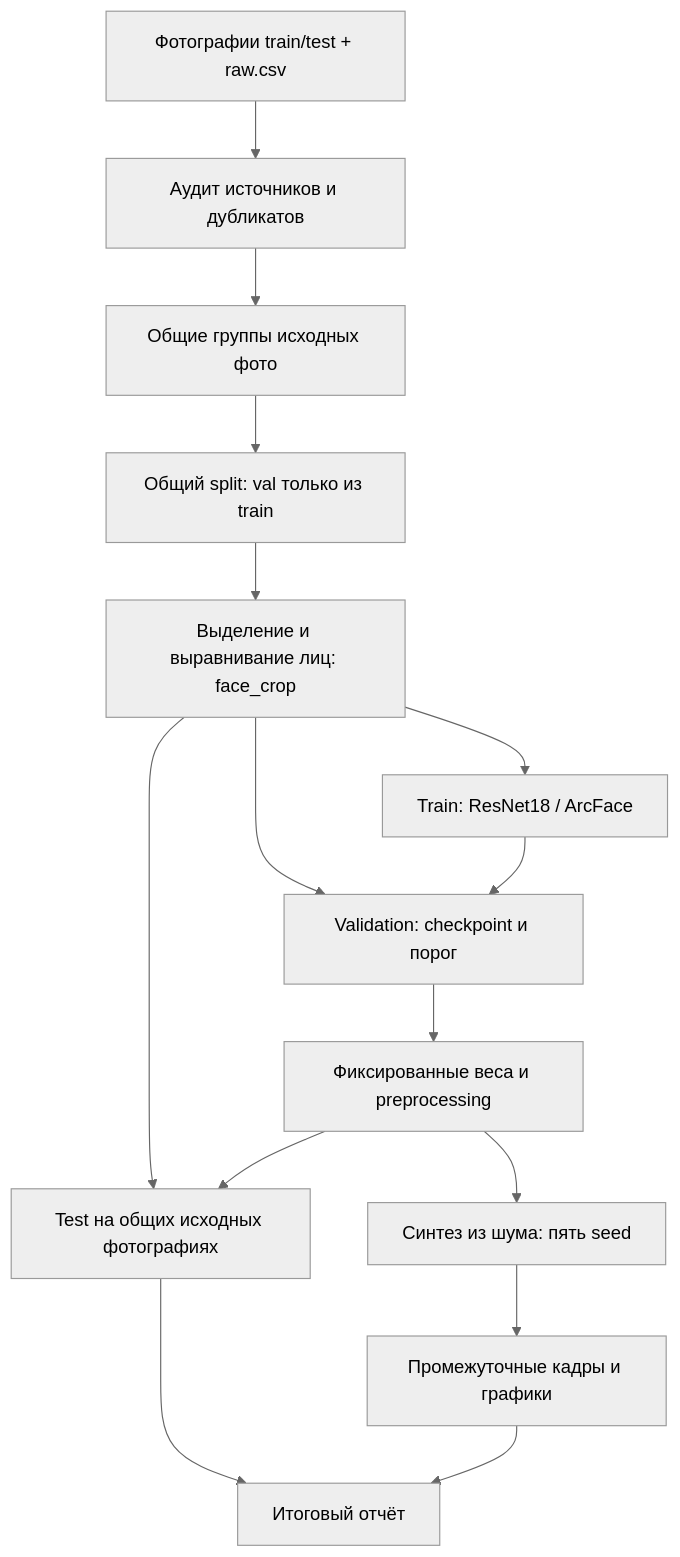
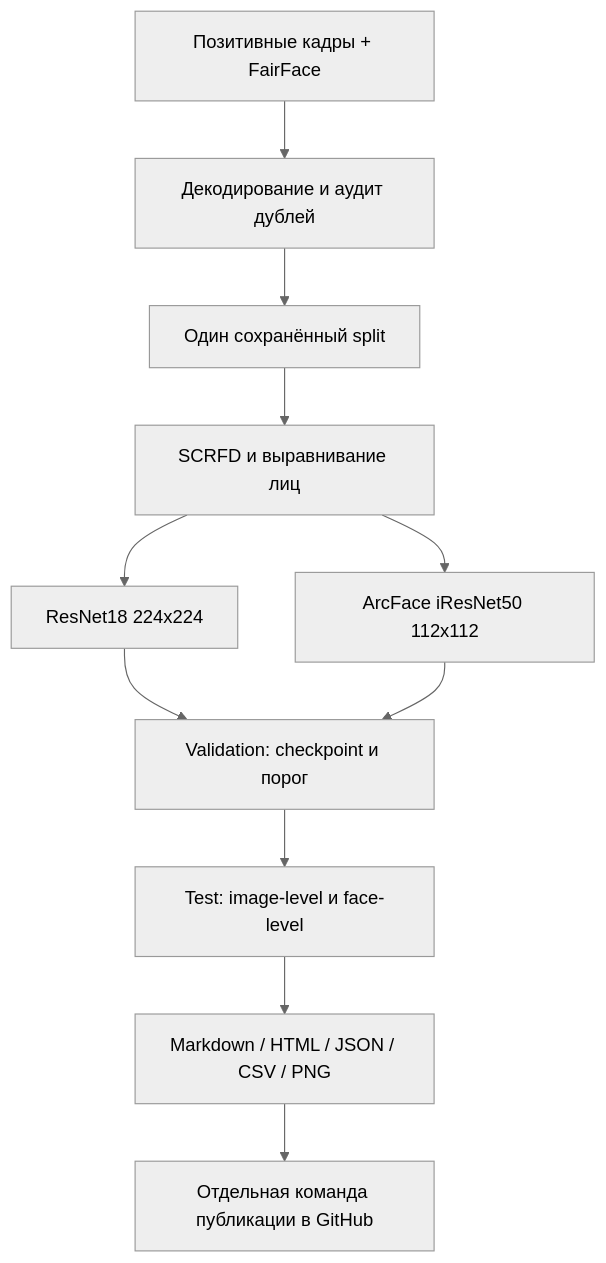
One commit to nikitiva0/Sokolov-s-Classifier changed the diagram in outputs/architecture.md. Above: the diagram before and after it, drawn with Mermaid (neutral theme). The commit also changed other lines of this file and 31 other files, not shown here.

````diff
--- a/outputs/architecture.md
+++ b/outputs/architecture.md
@@ -27,17 +5,13 @@
 ```mermaid
 flowchart TD
-    A[Фотографии train/test + raw.csv] --> B[Аудит источников и дубликатов]
-    B --> C[Общие группы исходных фото]
-    C --> D[Общий split: val только из train]
-    D --> V[Выделение и выравнивание лиц: face_crop]
-    V --> E[Train: ResNet18 / ArcFace]
-    V --> F[Validation: checkpoint и порог]
-    E --> F
-    F --> G[Фиксированные веса и preprocessing]
-    V --> H[Test на общих исходных фотографиях]
-    G --> H
-    G --> I[Синтез из шума: пять seed]
-    I --> J[Промежуточные кадры и графики]
-    H --> K[Итоговый отчёт]
-    J --> K
+    A[Позитивные кадры + FairFace] --> B[Декодирование и аудит дублей]
+    B --> C[Один сохранённый split]
+    C --> D[SCRFD и выравнивание лиц]
+    D --> E[ResNet18 224x224]
+    D --> F[ArcFace iResNet50 112x112]
+    E --> G[Validation: checkpoint и порог]
+    F --> G
+    G --> H[Test: image-level и face-level]
+    H --> I[Markdown / HTML / JSON / CSV / PNG]
+    I --> J[Отдельная команда публикации в GitHub]
 ```
````
